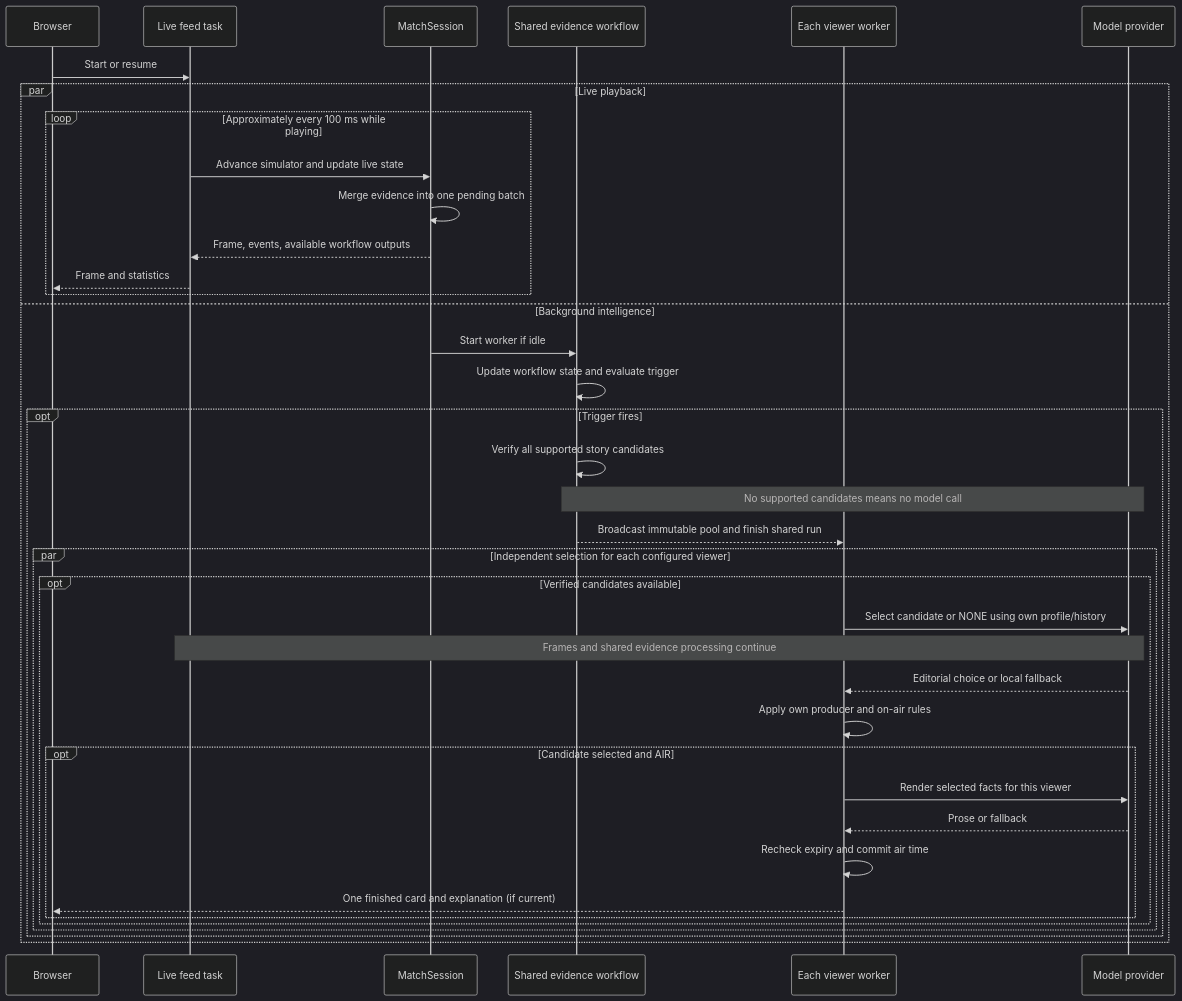
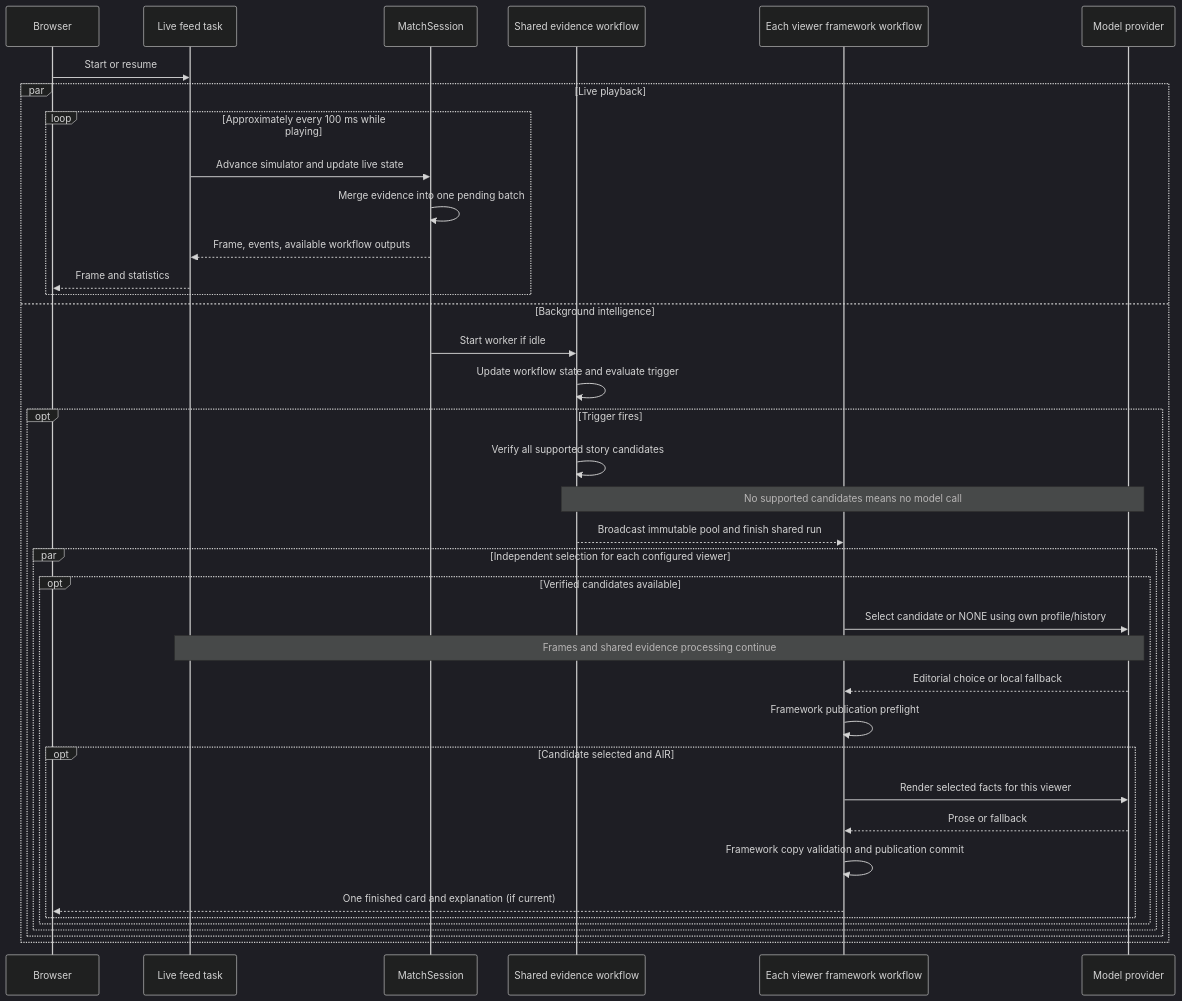
Before and after one commit to shantanu1singh/matchos: the sixth of 8 diagrams in ARCHITECTURE.md, drawn with Mermaid (dark theme). The commit also changed other lines of this file and 23 other files, not shown here.

Commit message:
Redo architecture

````diff
--- a/ARCHITECTURE.md
+++ b/ARCHITECTURE.md
@@ -152,41 +277,41 @@
 ```mermaid
 sequenceDiagram
     participant UI as Browser
     participant Feed as Live feed task
     participant Session as MatchSession
     participant Worker as Shared evidence workflow
-    participant Viewer as Each viewer worker
+    participant Viewer as Each viewer framework workflow
     participant Model as Model provider
 
     UI->>Feed: Start or resume
     par Live playback
         loop Approximately every 100 ms while playing
             Feed->>Session: Advance simulator and update live state
             Session->>Session: Merge evidence into one pending batch
             Session-->>Feed: Frame, events, available workflow outputs
             Feed-->>UI: Frame and statistics
         end
     and Background intelligence
         Session->>Worker: Start worker if idle
         Worker->>Worker: Update workflow state and evaluate trigger
         opt Trigger fires
             Worker->>Worker: Verify all supported story candidates
             Note over Worker,Model: No supported candidates means no model call
             Worker-->>Viewer: Broadcast immutable pool and finish shared run
             par Independent selection for each configured viewer
                 opt Verified candidates available
                     Viewer->>Model: Select candidate or NONE using own profile/history
                     Note over Feed,Model: Frames and shared evidence processing continue
                     Model-->>Viewer: Editorial choice or local fallback
-                    Viewer->>Viewer: Apply own producer and on-air rules
+                    Viewer->>Viewer: Framework publication preflight
                     opt Candidate selected and AIR
                         Viewer->>Model: Render selected facts for this viewer
                         Model-->>Viewer: Prose or fallback
-                        Viewer->>Viewer: Recheck expiry and commit air time
+                        Viewer->>Viewer: Framework copy validation and publication commit
                         Viewer-->>UI: One finished card and explanation (if current)
                     end
                 end
             end
         end
     end
 ```
````
